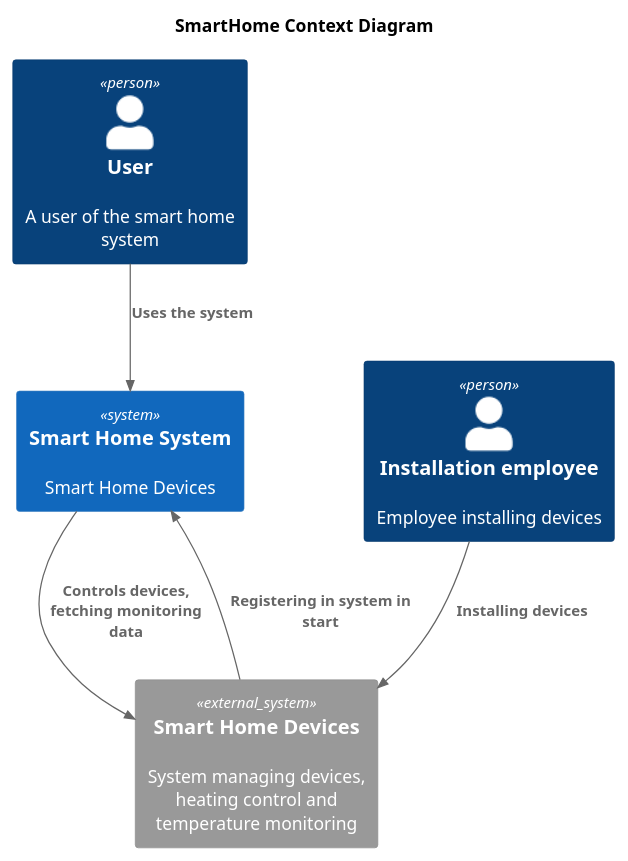
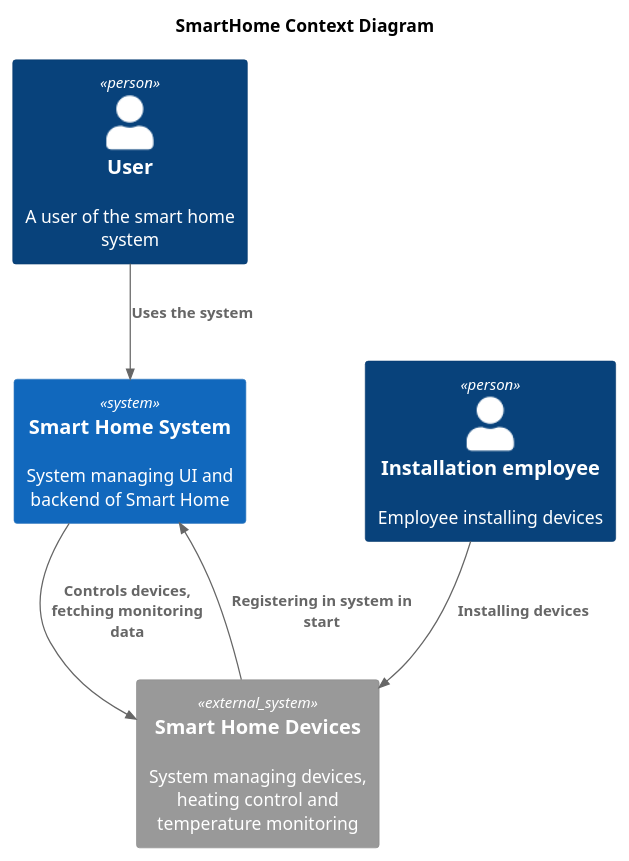
Before and after one commit to drunkendolphin2-ai/architecture-warmhouse: the diagram in diagrams/context/SmartHome_Context.puml, drawn with PlantUML. The commit also changed 3 other files, not shown here.

```diff
--- a/diagrams/context/SmartHome_Context.puml
+++ b/diagrams/context/SmartHome_Context.puml
@@ -1,18 +1,18 @@
 @startuml
 title SmartHome Context Diagram
 
 top to bottom direction
 
 !includeurl https://raw.githubusercontent.com/RicardoNiepel/C4-PlantUML/master/C4_Context.puml
 
 Person(user, "User", "A user of the smart home system")
 Person(employee, "Installation employee", "Employee installing devices")
 System_Ext(SmartHomeDevices, "Smart Home Devices", "System managing devices, heating control and temperature monitoring")
-System(SmartHomeSystem, "Smart Home System", "Smart Home Devices")
+System(SmartHomeSystem, "Smart Home System", "System managing UI and backend of Smart Home")
 
 Rel(user, SmartHomeSystem, "Uses the system")
 Rel(employee,SmartHomeDevices,"Installing devices")
 Rel(SmartHomeSystem,SmartHomeDevices,"Controls devices, fetching monitoring data")
 Rel(SmartHomeDevices,SmartHomeSystem,"Registering in system in start")
 
 @enduml
```
